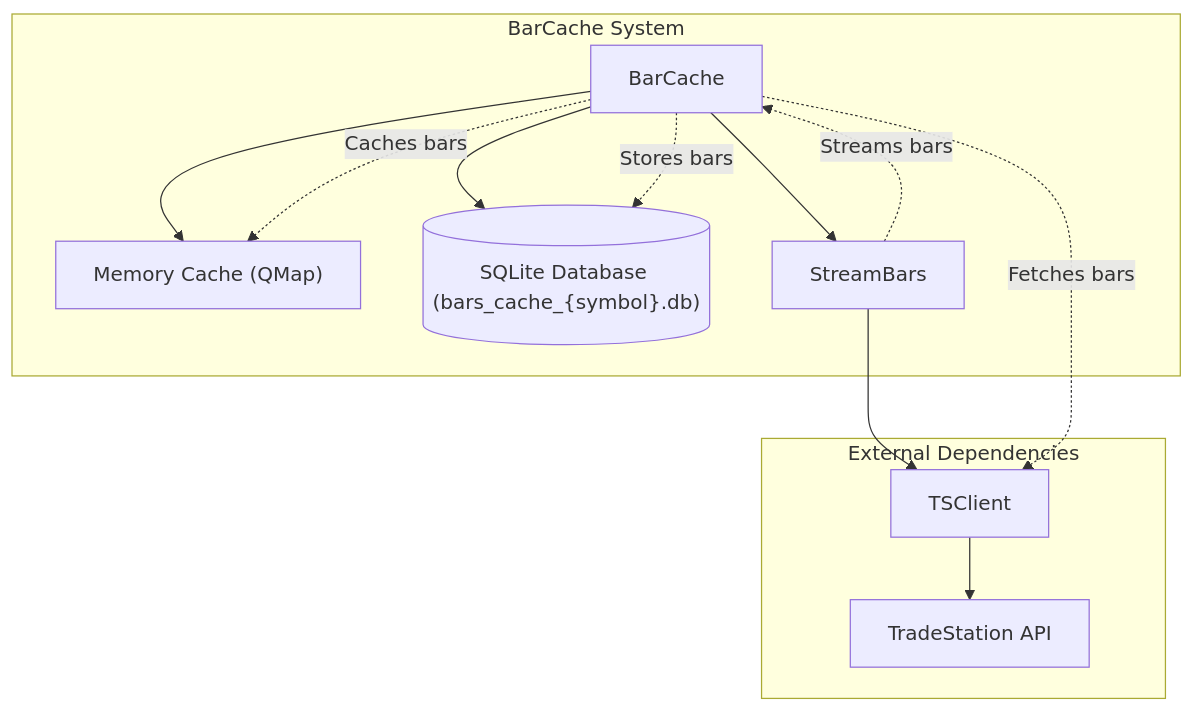
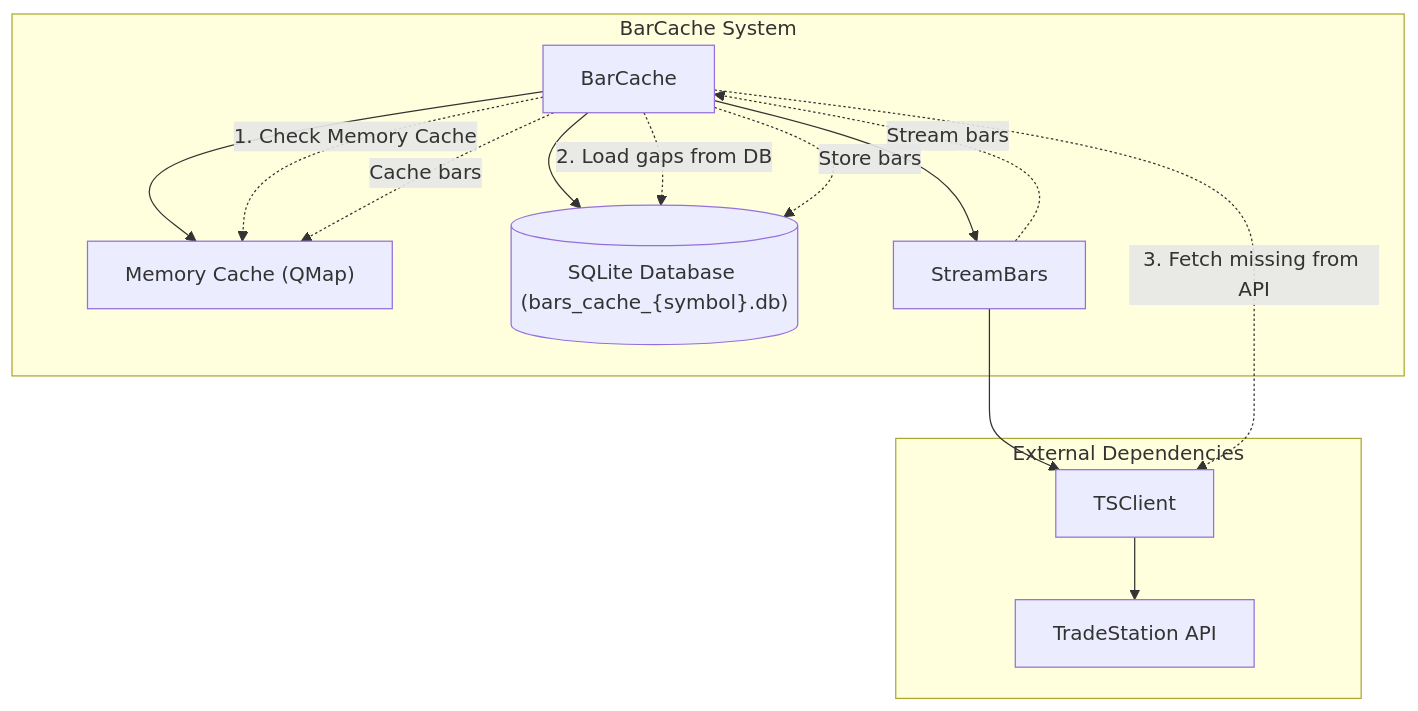
The sixth of 6 diagrams in src/Core/Cache/BarCache/BarCache.md (simonbeaudoin0935/OpenTraderPlatform), drawn with Mermaid before and after one commit. The commit also changed other lines of this file and 1 other file, not shown here.

First line of the commit message:
Optimize BarCache hierarchy and fix null bar detection

````diff
--- a/src/Core/Cache/BarCache/BarCache.md
+++ b/src/Core/Cache/BarCache/BarCache.md
@@ -209,25 +212,27 @@
 ```mermaid
 graph TB
     subgraph "BarCache System"
         BC[BarCache]
         MC["Memory Cache (QMap<QDateTime, Bar>)"]
         DB[("SQLite Database (bars_cache_{symbol}.db)")]
         SB[StreamBars]
     end
 
     subgraph "External Dependencies"
         TSC[TSClient]
         API["TradeStation API"]
     end
 
     BC --> MC
     BC --> DB
     BC --> SB
     SB --> TSC
     TSC --> API
 
-    BC -.->|"Fetches bars"| TSC
-    BC -.->|"Stores bars"| DB
-    BC -.->|"Caches bars"| MC
-    SB -.->|"Streams bars"| BC
+    BC -.->|"1. Check Memory Cache"| MC
+    BC -.->|"2. Load gaps from DB"| DB
+    BC -.->|"3. Fetch missing from API"| TSC
+    BC -.->|"Store bars"| DB
+    BC -.->|"Cache bars"| MC
+    SB -.->|"Stream bars"| BC
 ```
````
